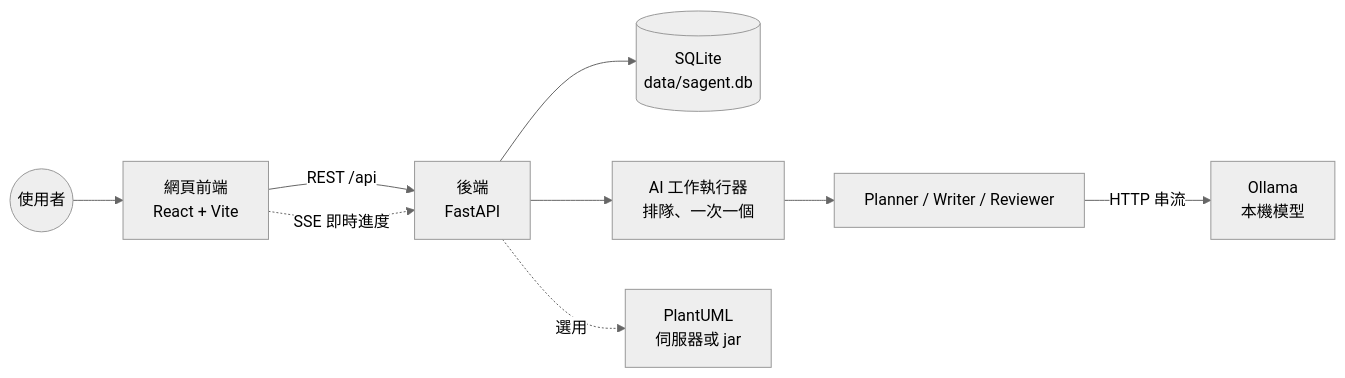
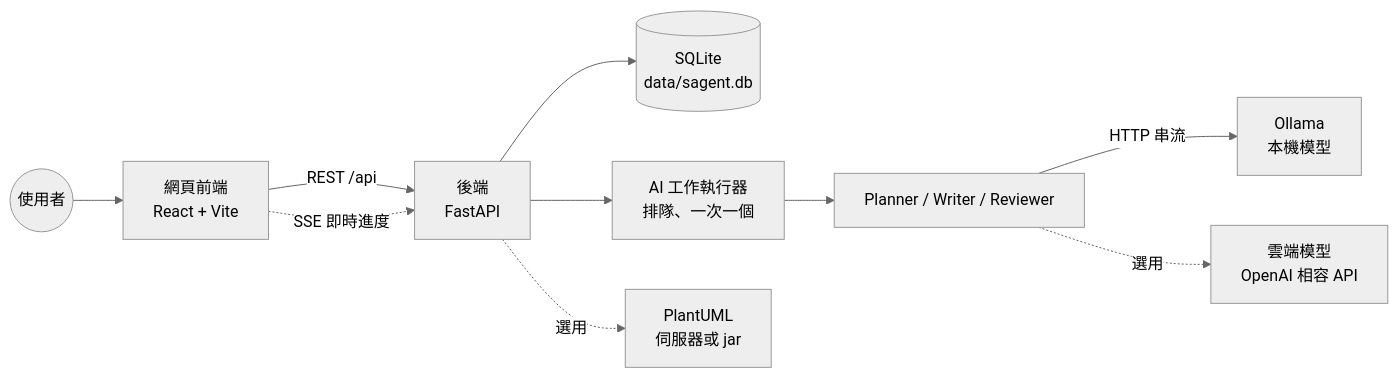
The first of 3 diagrams in docs/architecture.md (ZixuanHuang1995/SAgent), drawn with Mermaid (neutral theme) before and after one commit. The commit also changed other lines of this file and 18 other files, not shown here.

Commit message:
新增雲端模型選項：設定頁可以把模型來源切到 OpenAI 相容的雲端 API（Grok、Gemini 等），網址和金鑰只從環境變數讀

````diff
--- a/docs/architecture.md
+++ b/docs/architecture.md
@@ -7,11 +7,12 @@
 ```mermaid
 flowchart LR
     U(("使用者")) --> FE["網頁前端<br/>React + Vite"]
     FE -->|"REST /api"| BE["後端<br/>FastAPI"]
     FE -.->|"SSE 即時進度"| BE
     BE --> DB[("SQLite<br/>data/sagent.db")]
     BE --> RUN["AI 工作執行器<br/>排隊、一次一個"]
     RUN --> AG["Planner / Writer / Reviewer"]
     AG -->|"HTTP 串流"| OL["Ollama<br/>本機模型"]
+    AG -.->|"選用"| CL["雲端模型<br/>OpenAI 相容 API"]
     BE -.->|"選用"| PU["PlantUML<br/>伺服器或 jar"]
 ```
````
